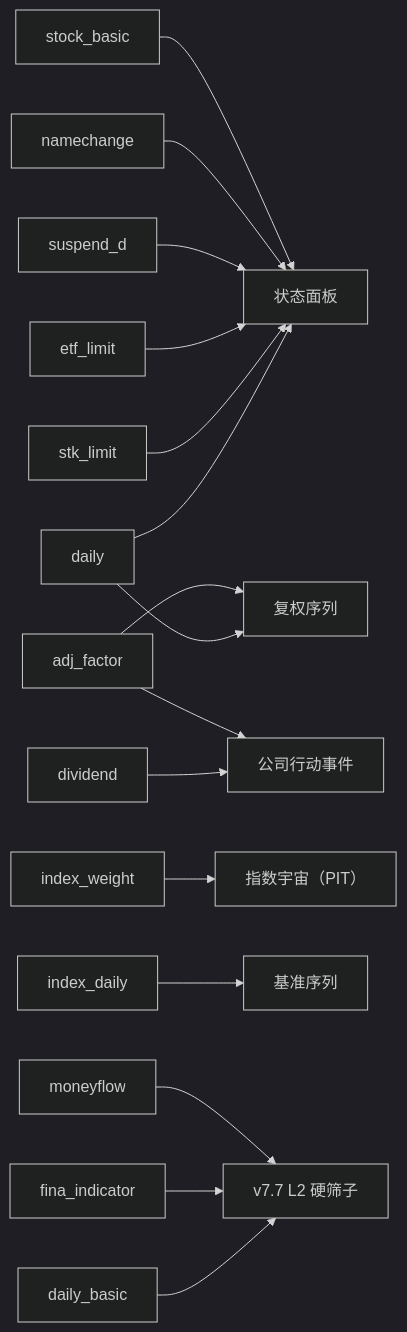
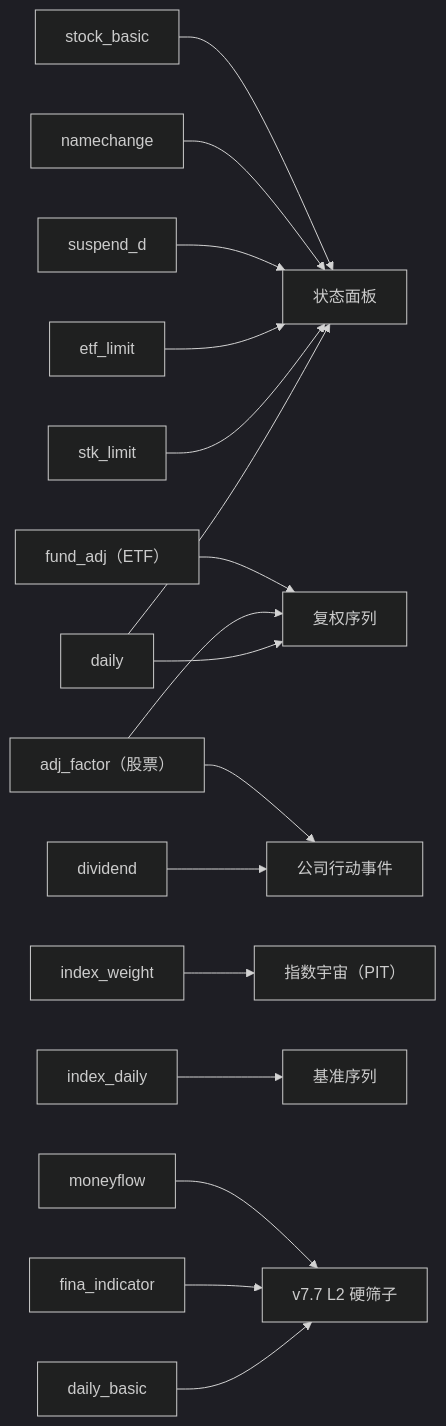
One commit to 1716250001/quant-strategy-infrastructure changed the third of 3 diagrams in 代码架构/回测工具架构/05-数据架构与数据集体系.md. Above: the diagram before and after it, drawn with Mermaid (dark theme). The commit also changed other lines of this file and 130 other files, not shown here.

````diff
--- a/代码架构/回测工具架构/05-数据架构与数据集体系.md
+++ b/代码架构/回测工具架构/05-数据架构与数据集体系.md
@@ -128,18 +138,19 @@
 ```mermaid
 flowchart LR
     DAILY["daily"] --> STATE["状态面板"]
     STKL["stk_limit"] --> STATE
     ETFL["etf_limit"] --> STATE
     SUSP["suspend_d"] --> STATE
     NC["namechange"] --> STATE
     SB["stock_basic"] --> STATE
     DAILY --> ADJ["复权序列"]
-    AF["adj_factor"] --> ADJ
+    AF["adj_factor（股票）"] --> ADJ
+    FA["fund_adj（ETF）"] --> ADJ
     DIV["dividend"] --> CA["公司行动事件"]
     AF --> CA
     IW["index_weight"] --> IU["指数宇宙（PIT）"]
     ID["index_daily"] --> BM["基准序列"]
     DB["daily_basic"] --> V77["v7.7 L2 硬筛子"]
     FI["fina_indicator"] --> V77
     MF["moneyflow"] --> V77
 ```
````
